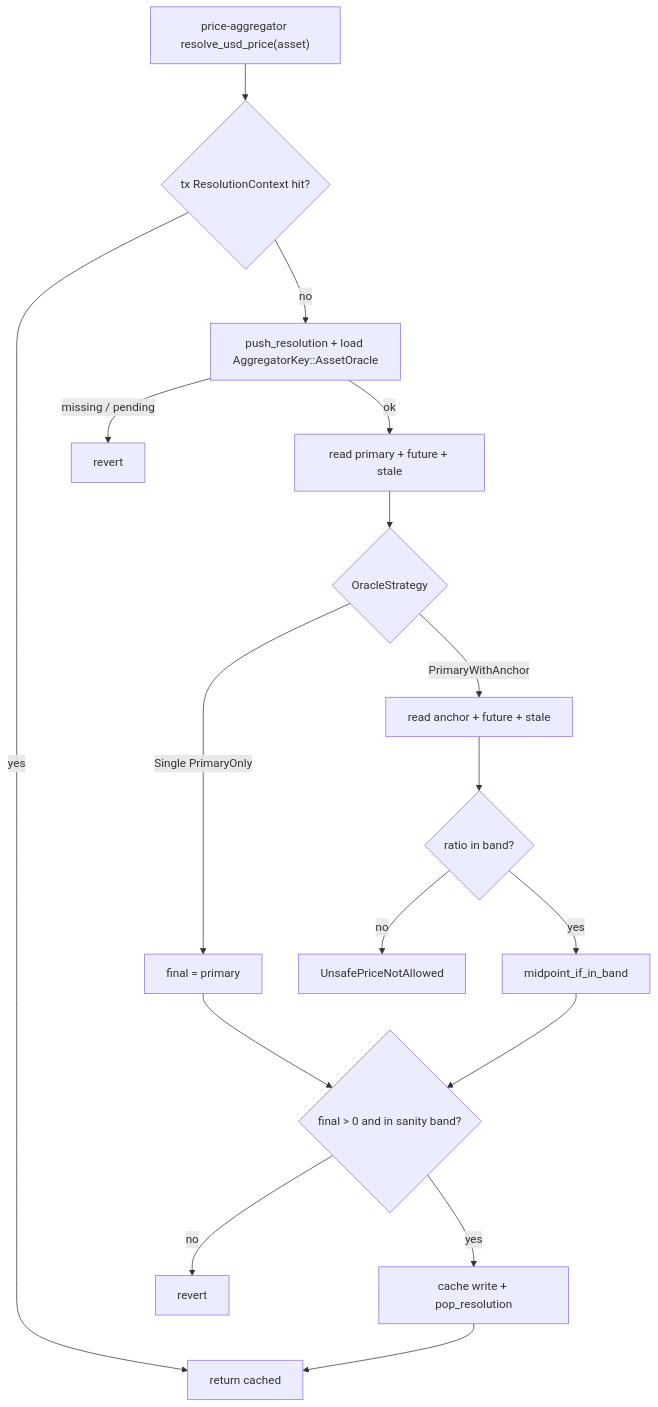
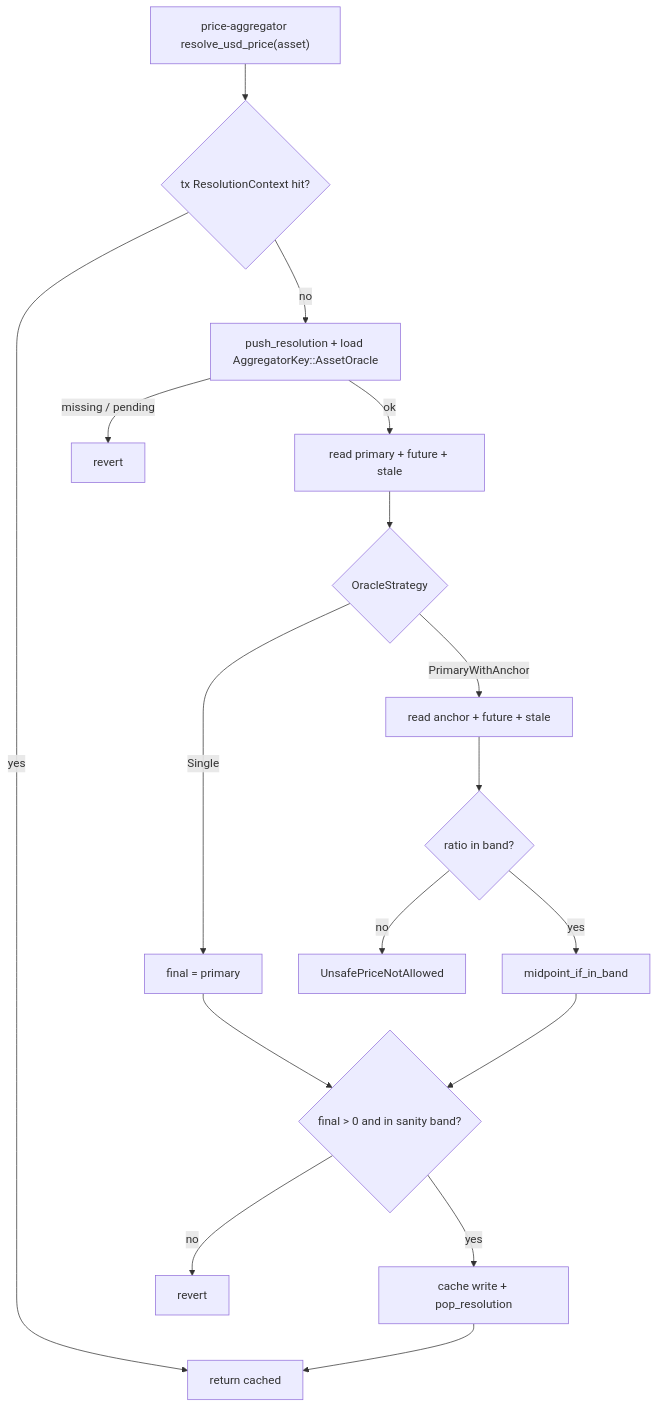
Before and after one commit to XOXNO/rs-lending-xlm: the third of 3 diagrams in docs/reference/invariants.md, drawn with Mermaid. The commit also changed 10 other files, not shown here.

````diff
--- a/docs/reference/invariants.md
+++ b/docs/reference/invariants.md
@@ -439,19 +439,19 @@
 ```mermaid
 flowchart TD
     A["price-aggregator resolve_usd_price(asset)"] --> B{"tx ResolutionContext hit?"}
     B -->|yes| Z["return cached"]
     B -->|no| C["push_resolution + load AggregatorKey::AssetOracle"]
     C -->|missing / pending| R1["revert"]
     C -->|ok| D["read primary + future + stale"]
     D --> E{"OracleStrategy"}
-    E -->|Single PrimaryOnly| F["final = primary"]
+    E -->|Single| F["final = primary"]
     E -->|PrimaryWithAnchor| G["read anchor + future + stale"]
     G --> H{"ratio in band?"}
     H -->|no| R2["UnsafePriceNotAllowed"]
     H -->|yes| I["midpoint_if_in_band"]
     F --> J{"final > 0 and in sanity band?"}
     I --> J
     J -->|no| R3["revert"]
     J -->|yes| K["cache write + pop_resolution"]
     K --> Z
 ```
````
